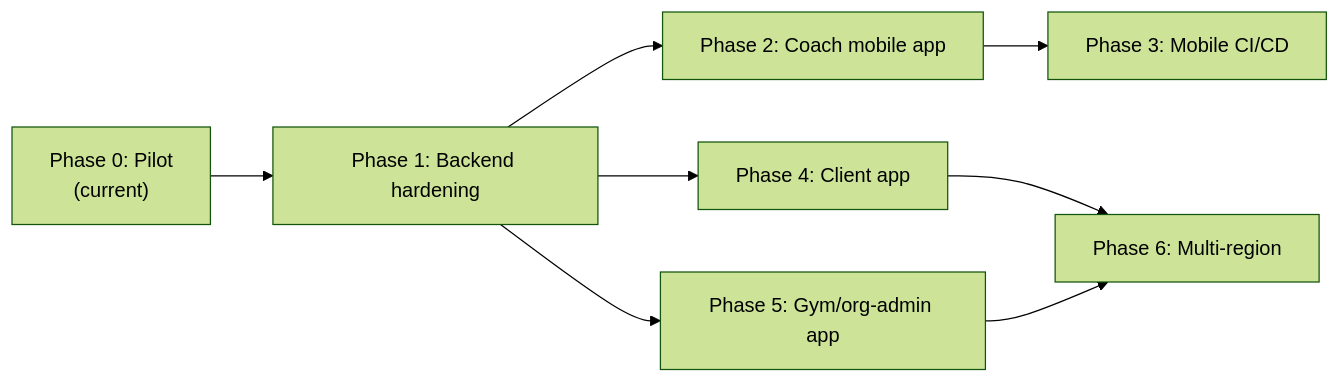
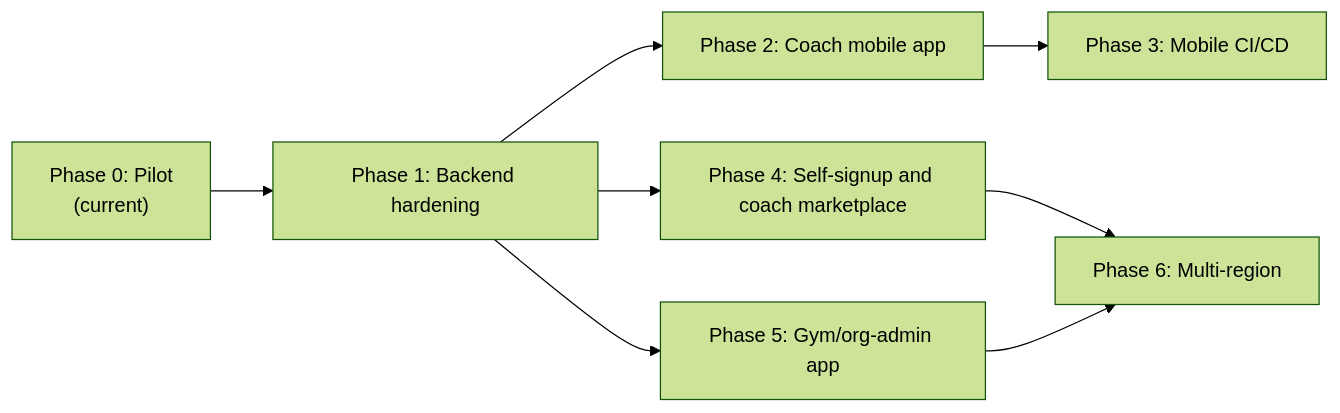
The diagram in docs/roadmap.md (KhubaibQaiser/fitness-app), drawn with Mermaid (forest theme) before and after one commit. The commit also changed other lines of this file, not shown here.

First line of the commit message:
docs(roadmap): rescope Phase 4 to self-signup and coach marketplace (#11)

````diff
--- a/docs/roadmap.md
+++ b/docs/roadmap.md
@@ -45,16 +46,16 @@
 ```mermaid
 flowchart LR
     p0["Phase 0: Pilot\n(current)"]
     p1["Phase 1: Backend hardening"]
     p2["Phase 2: Coach mobile app"]
     p3["Phase 3: Mobile CI/CD"]
-    p4["Phase 4: Client app"]
+    p4["Phase 4: Self-signup and coach marketplace"]
     p5["Phase 5: Gym/org-admin app"]
     p6["Phase 6: Multi-region"]
 
     p0 --> p1 --> p2 --> p3
     p1 --> p4
     p1 --> p5
     p4 --> p6
     p5 --> p6
 ```
````
